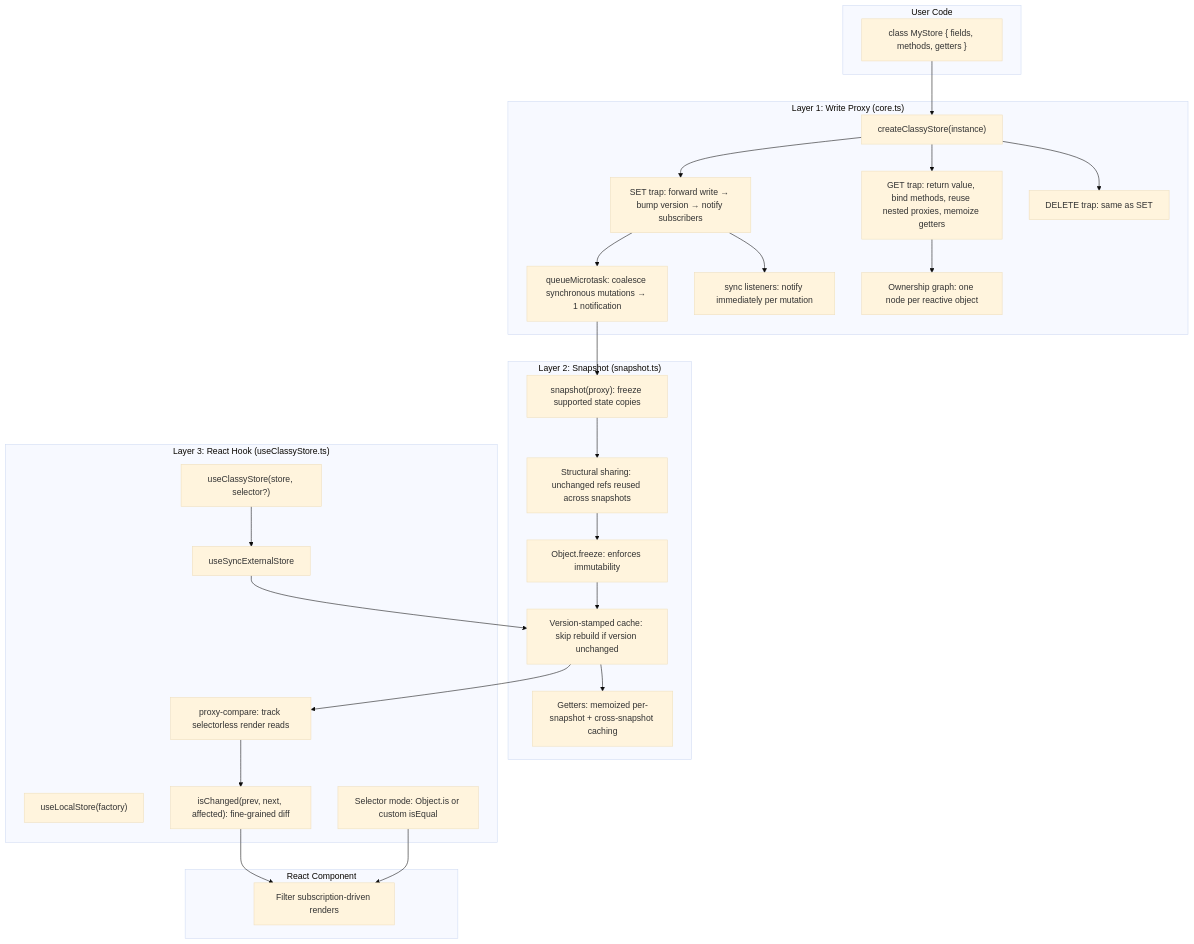
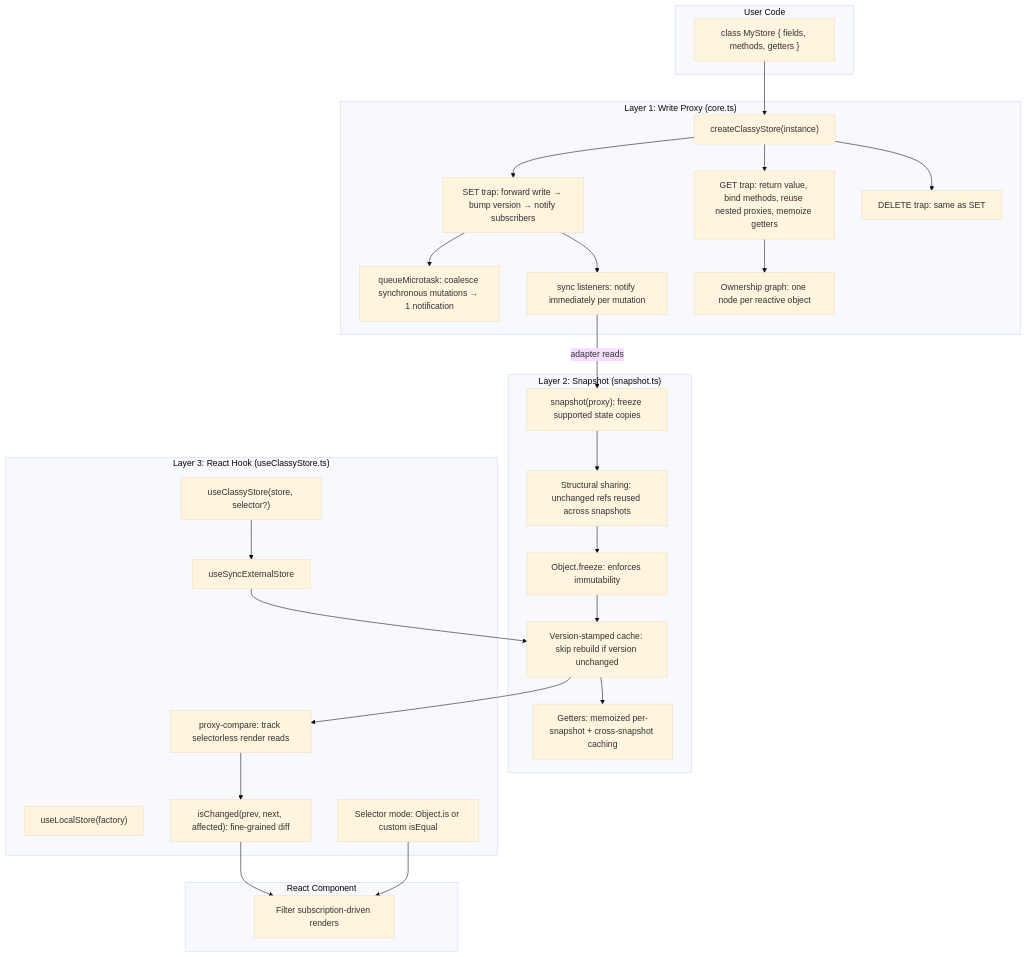
Before and after one commit to codeBelt/classy-store: the first of 8 diagrams in website/content/docs/ARCHITECTURE.md, drawn with Mermaid (base theme). The commit also changed other lines of this file and 55 other files, not shown here.

````diff
--- a/website/content/docs/ARCHITECTURE.md
+++ b/website/content/docs/ARCHITECTURE.md
@@ -12,56 +12,56 @@
 ```mermaid
 flowchart TB
   subgraph userCode ["User Code"]
     ClassDef["class MyStore { fields, methods, getters }"]
   end
 
   subgraph layer1 ["Layer 1: Write Proxy (core.ts)"]
     storeFn["createClassyStore(instance)"]
     SetTrap["SET trap: forward write → bump version → notify subscribers"]
     GetTrap["GET trap: return value, bind methods, reuse nested proxies, memoize getters"]
     DeleteTrap["DELETE trap: same as SET"]
     Batch["queueMicrotask: coalesce synchronous mutations → 1 notification"]
     SyncNotify["sync listeners: notify immediately per mutation"]
     DeepProxy["Ownership graph: one node per reactive object"]
   end
 
   subgraph layer2 ["Layer 2: Snapshot (snapshot.ts)"]
     SnapshotFn["snapshot(proxy): freeze supported state copies"]
     StructuralShare["Structural sharing: unchanged refs reused across snapshots"]
     Freeze["Object.freeze: enforces immutability"]
     VersionCache["Version-stamped cache: skip rebuild if version unchanged"]
     GetterEval["Getters: memoized per-snapshot + cross-snapshot caching"]
   end
 
   subgraph layer3 ["Layer 3: React Hook (useClassyStore.ts)"]
     UseStore["useClassyStore(store, selector?)"]
     UseLocalStore["useLocalStore(factory)"]
     USES["useSyncExternalStore"]
     ProxyCompare["proxy-compare: track selectorless render reads"]
     IsChanged["isChanged(prev, next, affected): fine-grained diff"]
     SelectorMode["Selector mode: Object.is or custom isEqual"]
   end
 
   subgraph component ["React Component"]
     Render["Filter subscription-driven renders"]
   end
 
   ClassDef --> storeFn
   storeFn --> SetTrap
   storeFn --> GetTrap
   storeFn --> DeleteTrap
   SetTrap --> SyncNotify
   SetTrap --> Batch
-  Batch --> SnapshotFn
+  SyncNotify -->|adapter reads| SnapshotFn
   GetTrap --> DeepProxy
   SnapshotFn --> StructuralShare
   StructuralShare --> Freeze
   Freeze --> VersionCache
   VersionCache --> GetterEval
   UseStore --> USES
   USES --> VersionCache
   VersionCache --> ProxyCompare
   ProxyCompare --> IsChanged
   IsChanged --> Render
   SelectorMode --> Render
 ```
````
